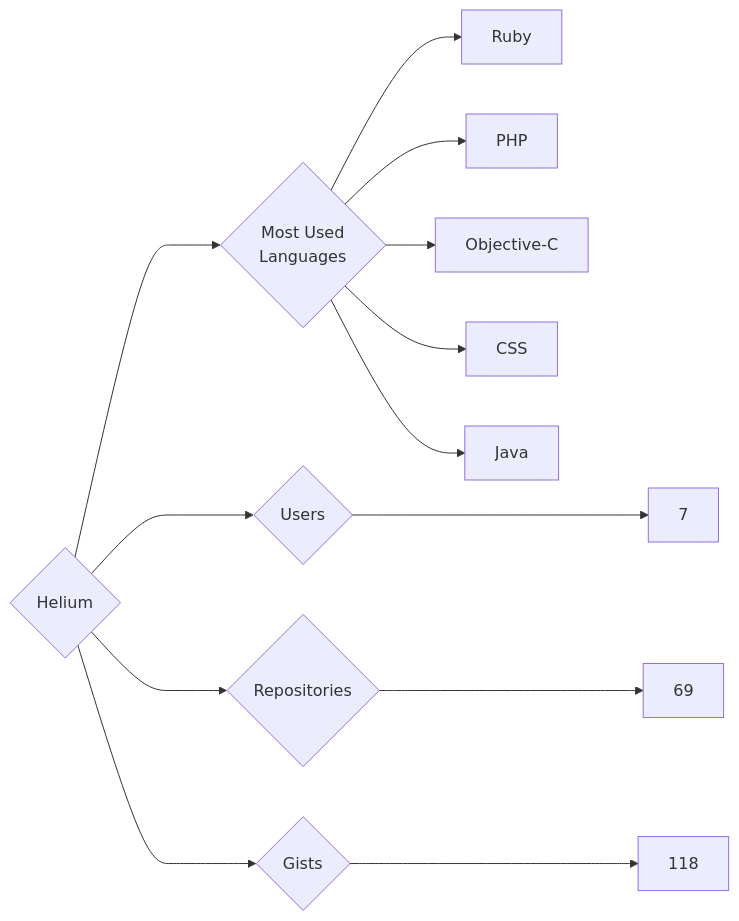
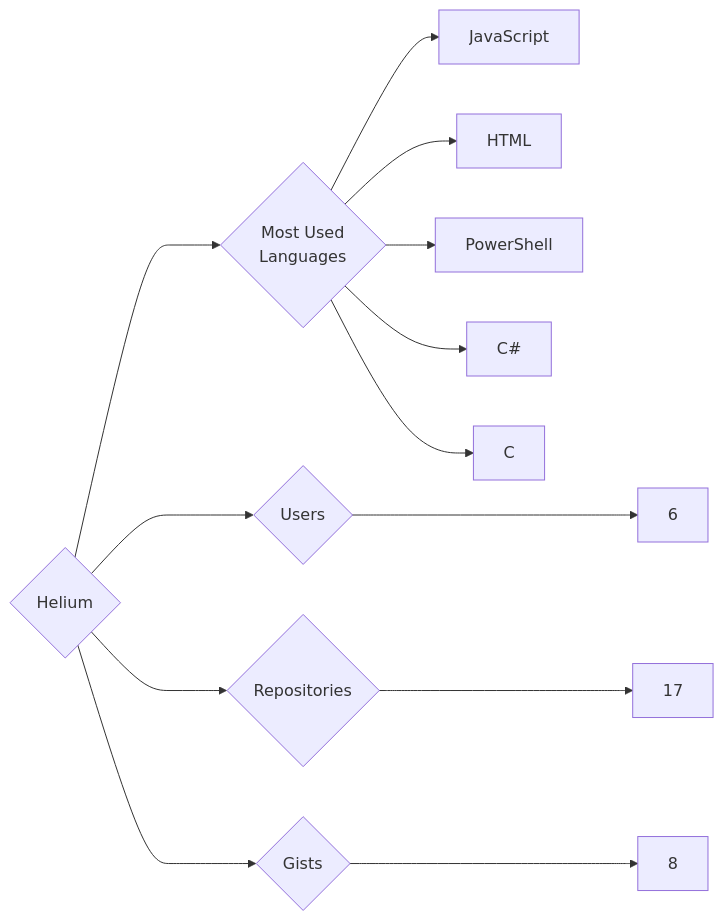
Before and after one commit to trickest/insiders: the diagram in targets/Helium/README.md, drawn with Mermaid. The commit also changed 1166 other files, not shown here.

````diff
--- a/targets/Helium/README.md
+++ b/targets/Helium/README.md
@@ -3,13 +3,13 @@
 ```mermaid
 graph LR
 COMPANY_NAME{Helium}
-COMPANY_NAME ---> U{Users} ---> UN[7]
-COMPANY_NAME ---> R{Repositories} ---> RN[69]
-COMPANY_NAME ---> G{Gists} ---> GN[118]
+COMPANY_NAME ---> U{Users} ---> UN[6]
+COMPANY_NAME ---> R{Repositories} ---> RN[17]
+COMPANY_NAME ---> G{Gists} ---> GN[8]
 COMPANY_NAME ---> ML{Most Used<br>Languages}
-ML --> Ruby[Ruby]
-ML --> PHP[PHP]
-ML --> Objective-C[Objective-C]
-ML --> CSS[CSS]
-ML --> Java[Java]
+ML --> JavaScript[JavaScript]
+ML --> HTML[HTML]
+ML --> PowerShell[PowerShell]
+ML --> C#[C#]
+ML --> C[C]
 ```
````
